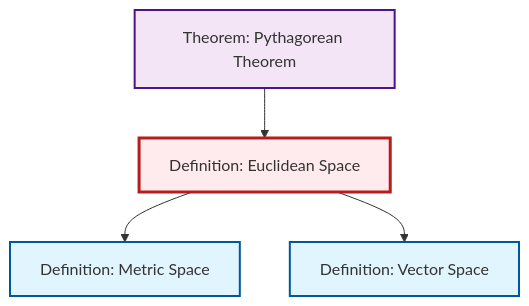
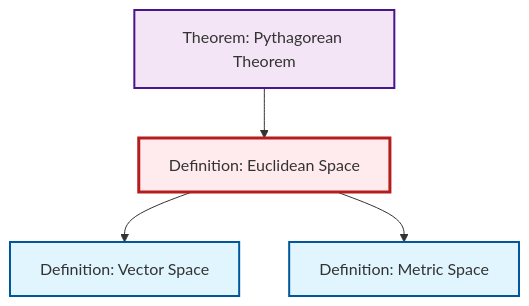
One commit to RK0429/ModernMath changed the second of 2 diagrams in content/ja/geometry/def-euclidean-space.qmd. Above: the diagram before and after it, drawn with Mermaid. The commit also changed other lines of this file and 417 other files, not shown here.

````diff
--- a/content/ja/geometry/def-euclidean-space.qmd
+++ b/content/ja/geometry/def-euclidean-space.qmd
@@ -68,20 +68,20 @@
 ```{mermaid}
 %%| fig-cap: "Local dependency graph"
 graph TD
     classDef definition fill:#e1f5fe,stroke:#01579b,stroke-width:2px
     classDef theorem fill:#f3e5f5,stroke:#4a148c,stroke-width:2px
     classDef axiom fill:#fff3e0,stroke:#e65100,stroke-width:2px
     classDef example fill:#e8f5e9,stroke:#1b5e20,stroke-width:2px
     classDef current fill:#ffebee,stroke:#b71c1c,stroke-width:3px
+    def-vector-space["Definition: Vector Space"]:::definition
     def-euclidean-space["Definition: Euclidean Space"]:::definition
     thm-pythagorean["Theorem: Pythagorean Theorem"]:::theorem
-    def-vector-space["Definition: Vector Space"]:::definition
     def-metric-space["Definition: Metric Space"]:::definition
+    def-euclidean-space --> def-vector-space
     def-euclidean-space --> def-metric-space
-    def-euclidean-space --> def-vector-space
     thm-pythagorean --> def-euclidean-space
     class def-euclidean-space current
+    click def-vector-space "def-vector-space.html" "Definition: Vector Spaceへ"
     click thm-pythagorean "thm-pythagorean.html" "Theorem: Pythagorean Theoremへ"
-    click def-vector-space "def-vector-space.html" "Definition: Vector Spaceへ"
     click def-metric-space "def-metric-space.html" "Definition: Metric Spaceへ"
 ```
````
